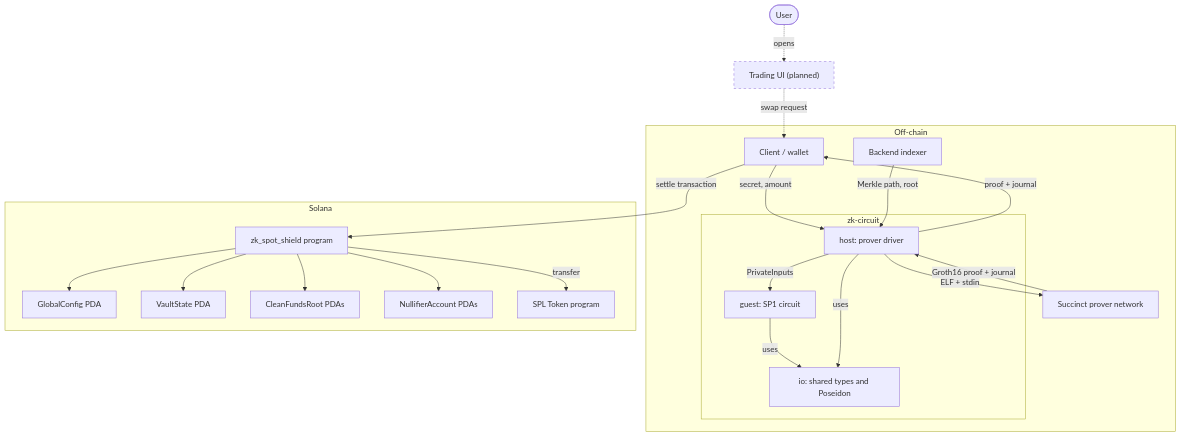
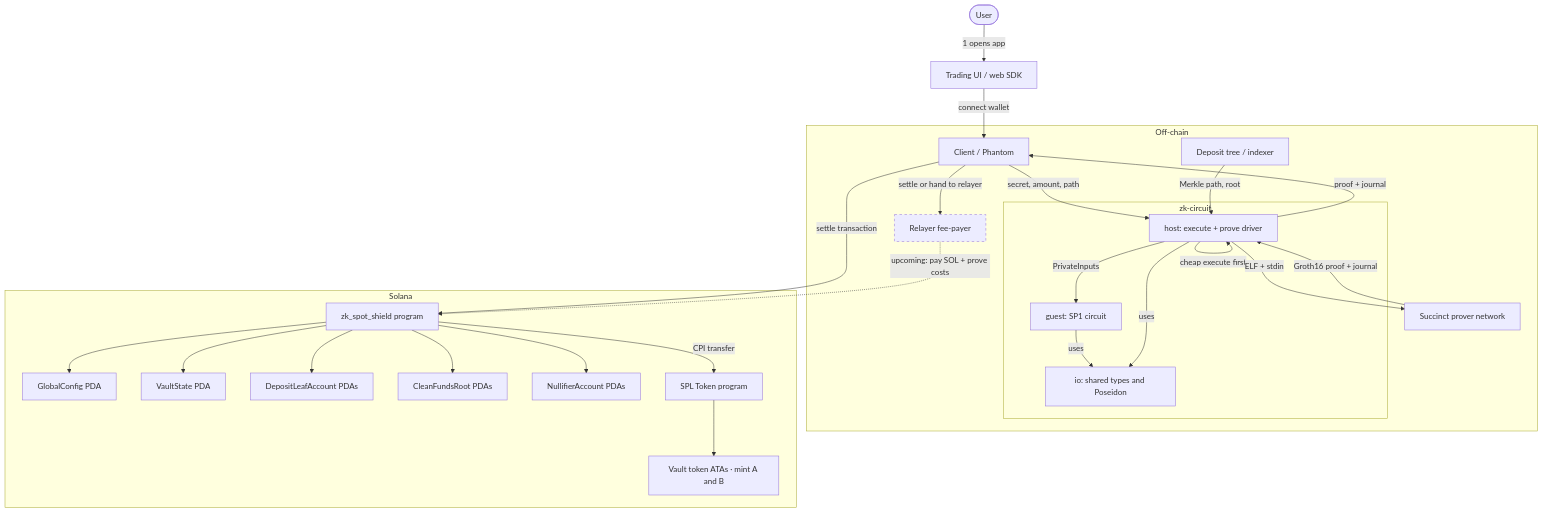
One commit to pprogrammingg/zk-spot-shield changed the first of 3 diagrams in docs/architecture.md. Above: the diagram before and after it, drawn with Mermaid. The commit also changed other lines of this file and 4 other files, not shown here.

Commit message:
docs: numbered flow + account Q&A - YES

````diff
--- a/docs/architecture.md
+++ b/docs/architecture.md
@@ -9,44 +9,52 @@
 ```mermaid
 flowchart TB
     User(["User"])
-    Ui["Trading UI (planned)"]
-    User -.->|"opens"| Ui
-    Ui -.->|"swap request"| Client
+    Ui["Trading UI / web SDK"]
+    User -->|"1 opens app"| Ui
+    Ui -->|"connect wallet"| Client
 
     subgraph offchain [Off-chain]
-        Client["Client / wallet"]
-        Indexer["Backend indexer"]
+        Client["Client / Phantom"]
+        Indexer["Deposit tree / indexer"]
+        Relayer["Relayer fee-payer"]
         subgraph zk [zk-circuit]
             Io["io: shared types and Poseidon"]
-            Host["host: prover driver"]
+            Host["host: execute + prove driver"]
             Guest["guest: SP1 circuit"]
         end
         Prover["Succinct prover network"]
     end
     subgraph onchain [Solana]
         Program["zk_spot_shield program"]
         Config["GlobalConfig PDA"]
         Vault["VaultState PDA"]
+        VaultAta["Vault token ATAs · mint A and B"]
+        Leaves["DepositLeafAccount PDAs"]
         Roots["CleanFundsRoot PDAs"]
         Nullifiers["NullifierAccount PDAs"]
         Spl["SPL Token program"]
     end
 
-    Client -->|"secret, amount"| Host
+    Client -->|"secret, amount, path"| Host
     Indexer -->|"Merkle path, root"| Host
     Host -->|"PrivateInputs"| Guest
     Guest -->|uses| Io
     Host -->|uses| Io
+    Host -->|"cheap execute first"| Host
     Host -->|"ELF + stdin"| Prover
     Prover -->|"Groth16 proof + journal"| Host
     Host -->|"proof + journal"| Client
+    Client -->|"settle or hand to relayer"| Relayer
     Client -->|"settle transaction"| Program
+    Relayer -.->|"upcoming: pay SOL + prove costs"| Program
     Program --> Config
     Program --> Vault
+    Program --> Leaves
     Program --> Roots
     Program --> Nullifiers
-    Program -->|"transfer"| Spl
+    Program -->|"CPI transfer"| Spl
+    Spl --> VaultAta
 
     classDef planned stroke-dasharray: 5 5
-    class Ui planned
+    class Relayer planned
 ```
````
